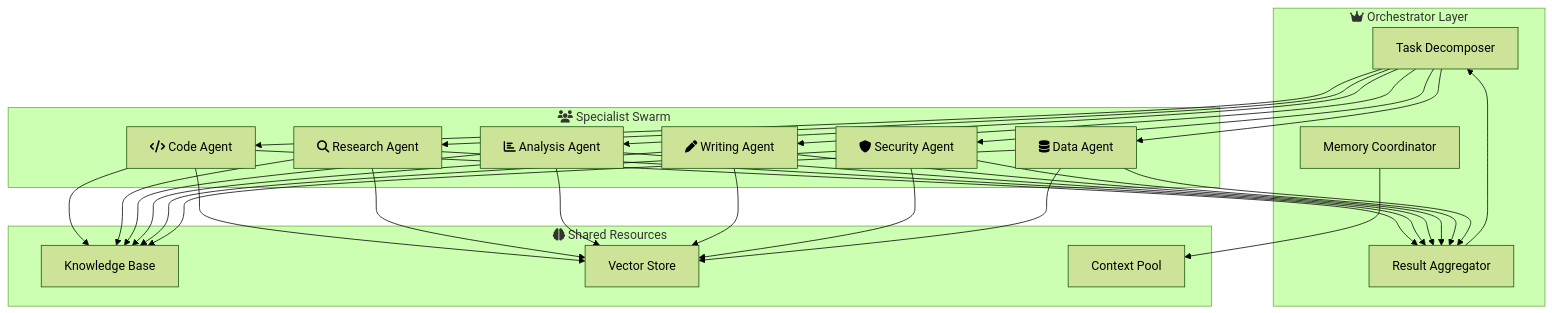
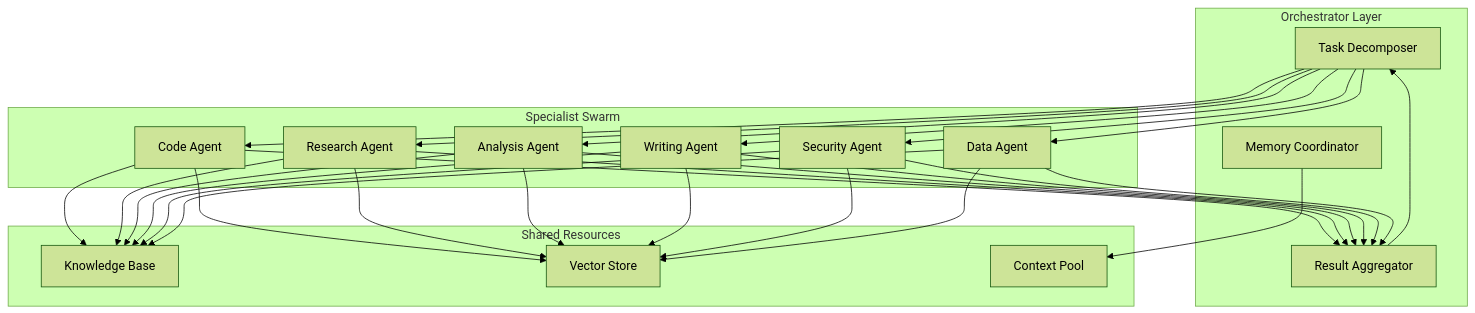
The first of 7 diagrams in Tests/fixtures/agi-hive-mind-research.md (Ladas/MarkdownViewer), drawn with Mermaid (forest theme) before and after one commit. The commit also changed other lines of this file and 1 other file, not shown here.

First line of the commit message:
feat: SVG copy support, inline SVG with theme, updated research doc

````diff
--- a/Tests/fixtures/agi-hive-mind-research.md
+++ b/Tests/fixtures/agi-hive-mind-research.md
@@ -77,30 +70,30 @@
 ```mermaid
 graph TB
-    subgraph Orchestrator["fa:fa-crown Orchestrator Layer"]
+    subgraph Orchestrator["Orchestrator Layer"]
         O[Task Decomposer]
         M[Memory Coordinator]
         R[Result Aggregator]
     end
 
-    subgraph Specialists["fa:fa-users Specialist Swarm"]
-        S1[fa:fa-code Code Agent]
-        S2[fa:fa-search Research Agent]
-        S3[fa:fa-chart-bar Analysis Agent]
-        S4[fa:fa-pen Writing Agent]
-        S5[fa:fa-shield Security Agent]
-        S6[fa:fa-database Data Agent]
+    subgraph Specialists["Specialist Swarm"]
+        S1[Code Agent]
+        S2[Research Agent]
+        S3[Analysis Agent]
+        S4[Writing Agent]
+        S5[Security Agent]
+        S6[Data Agent]
     end
 
-    subgraph Shared["fa:fa-brain Shared Resources"]
+    subgraph Shared["Shared Resources"]
         KB[Knowledge Base]
         VDB[Vector Store]
         CTX[Context Pool]
     end
 
     O --> S1 & S2 & S3 & S4 & S5 & S6
     S1 & S2 & S3 & S4 & S5 & S6 --> R
     S1 & S2 & S3 & S4 & S5 & S6 --> KB
     S1 & S2 & S3 & S4 & S5 & S6 --> VDB
     M --> CTX
     R --> O
 ```
````
